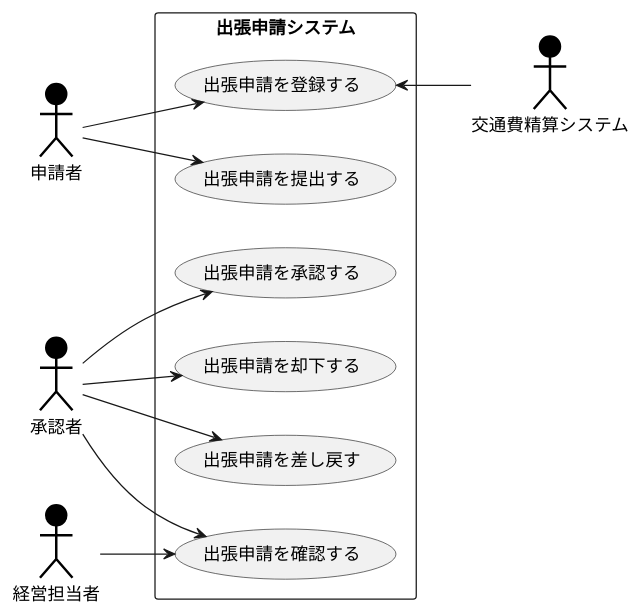
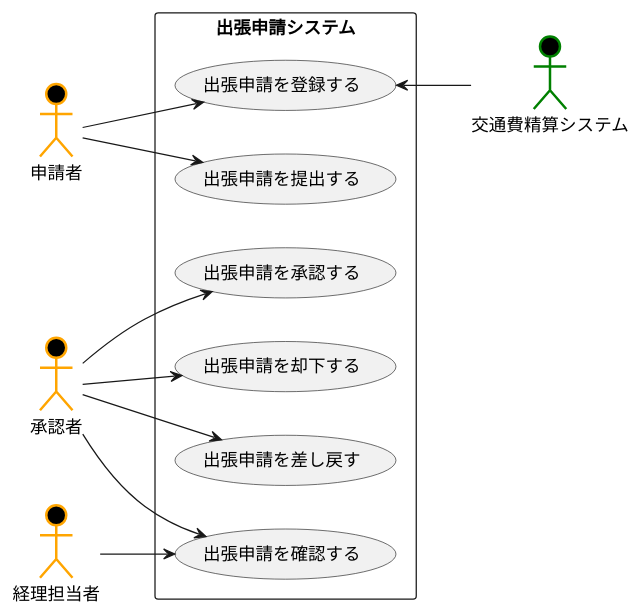
One commit to moppechan/uml_introduction changed the diagram in 演習2-1_UM_出張管理システム.pu. Above: the diagram before and after it, drawn with PlantUML.

Commit message:
演習2-1の修正

```diff
--- a/演習2-1_UM_出張管理システム.pu
+++ b/演習2-1_UM_出張管理システム.pu
@@ -1,23 +1,23 @@
 @startuml 演習2-1
 left to right direction
-actor 申請者 #000000;line:Black;line.bold;
-actor 承認者 #000000;line:Black;line.bold;
-actor 経営担当者 #000000;line:Black;line.bold;
-actor 交通費精算システム #000000;line:Black;line.bold;
+actor 申請者 #000000;line:Orange;line.bold;
+actor 承認者 #000000;line:Orange;line.bold;
+actor 経理担当者 #000000;line:Orange;line.bold;
+actor 交通費精算システム #000000;line:Green;line.bold;
 rectangle 出張申請システム {
 usecase 出張申請を登録する
 usecase 出張申請を提出する
 usecase 出張申請を承認する
 usecase 出張申請を却下する
 usecase 出張申請を差し戻す
 usecase 出張申請を確認する
 }
 申請者 -->出張申請を登録する
 申請者 -->出張申請を提出する
 承認者 -->出張申請を承認する
 承認者 -->出張申請を却下する
 承認者 -->出張申請を差し戻す
 承認者 -->出張申請を確認する
-経営担当者 -->出張申請を確認する
+経理担当者 -->出張申請を確認する
 出張申請を登録する <-- 交通費精算システム
 @enduml
```
